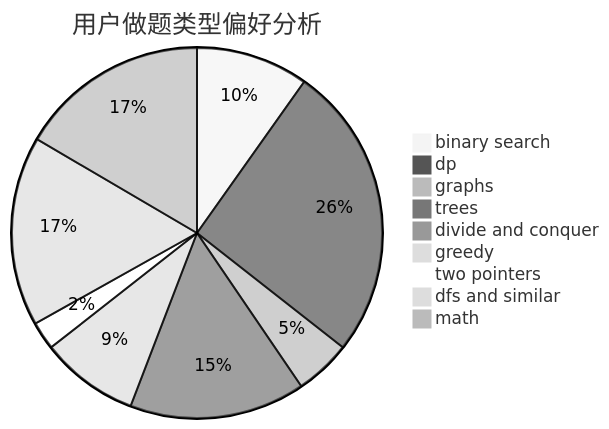
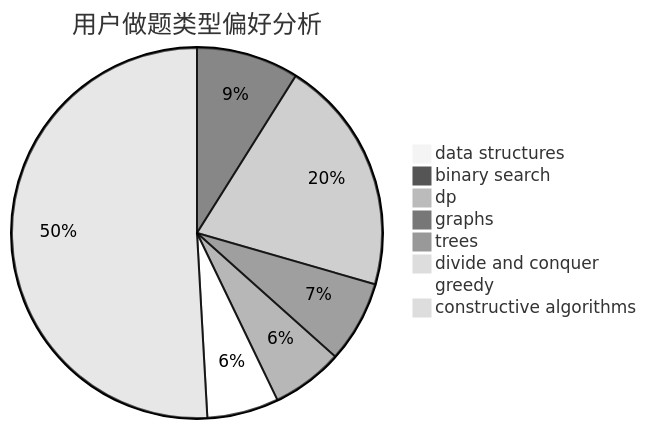
The second of 3 diagrams in docs/user/u1760.md (sherpahu/cfrs.github.io), drawn with Mermaid (neutral theme) before and after one commit. The commit also changed other lines of this file and 2775 other files, not shown here.

````diff
--- a/docs/user/u1760.md
+++ b/docs/user/u1760.md
@@ -23,12 +23,11 @@
 ```mermaid
 pie title 用户做题类型偏好分析
-    "binary search" :  16
-    "dp" :  42
+    "data structures" :  1
+    "binary search" :  10
+    "dp" :  23
     "graphs" :  8
-    "trees" :  25
+    "trees" :  7
     "divide and conquer" :  0
-    "greedy" :  14
-    "two pointers" :  4
-    "dfs and similar" :  27
-    "math" :  27
+    "greedy" :  7
+    "constructive algorithms" :  57
 ```
````
